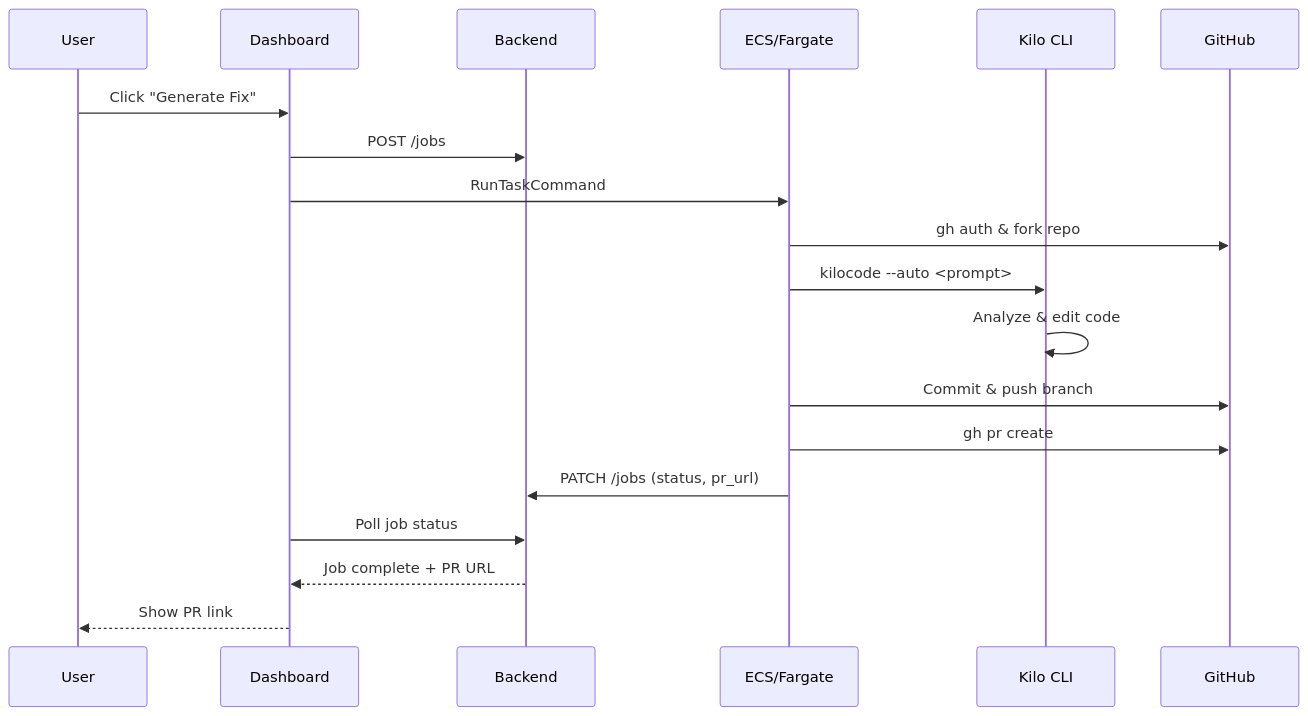
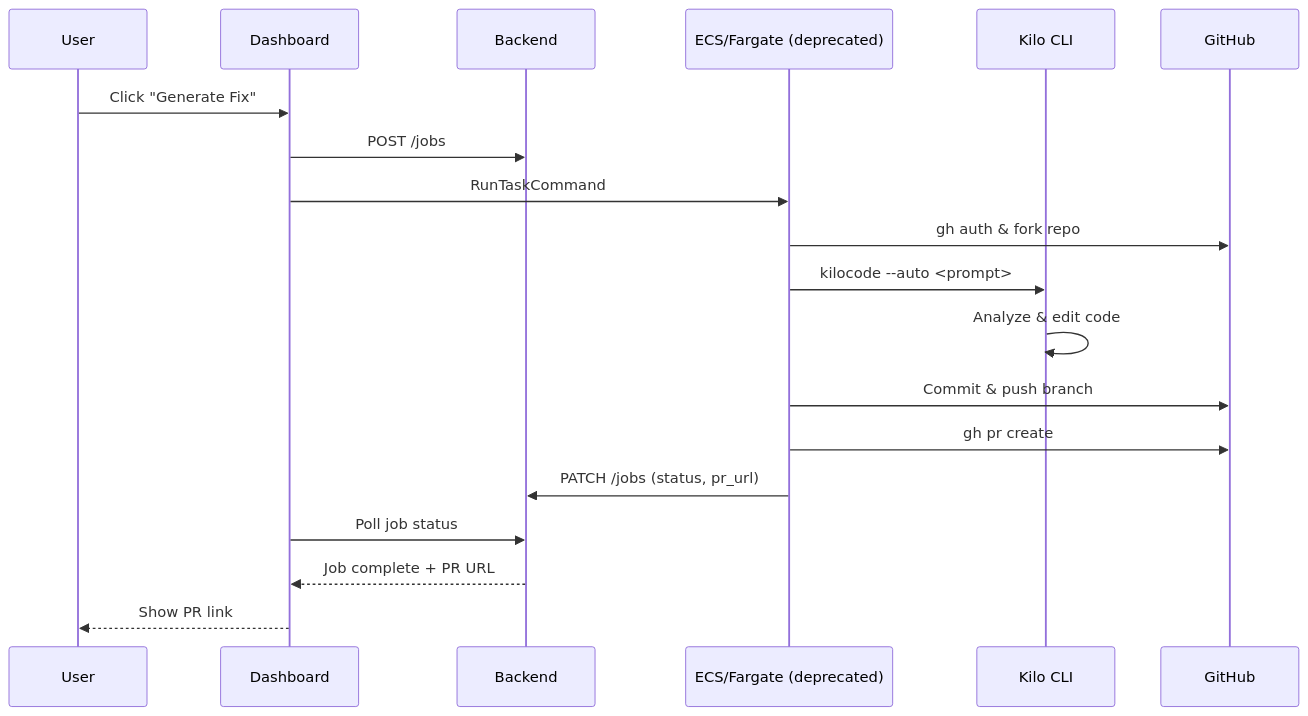
One commit to altock/soulcaster changed the first of 5 diagrams in documentation/coding_agent_sandbox_architecture.md. Above: the diagram before and after it, drawn with Mermaid. The commit also changed other lines of this file and 2 other files, not shown here.

Commit message:
refactor: Update documentation to reflect E2B sandbox as the primary coding agent execution path and deprecate ECS/Fargate references

````diff
--- a/documentation/coding_agent_sandbox_architecture.md
+++ b/documentation/coding_agent_sandbox_architecture.md
@@ -22,24 +22,24 @@
 ```mermaid
 sequenceDiagram
     participant User
     participant Dashboard
     participant Backend
-    participant ECS as ECS/Fargate
+    participant ECS as ECS/Fargate (deprecated)
     participant Kilo as Kilo CLI
     participant GitHub
     
     User->>Dashboard: Click "Generate Fix"
     Dashboard->>Backend: POST /jobs
     Dashboard->>ECS: RunTaskCommand
     
     ECS->>GitHub: gh auth & fork repo
     ECS->>Kilo: kilocode --auto <prompt>
     Kilo->>Kilo: Analyze & edit code
     ECS->>GitHub: Commit & push branch
     ECS->>GitHub: gh pr create
     ECS->>Backend: PATCH /jobs (status, pr_url)
     
     Dashboard->>Backend: Poll job status
     Backend-->>Dashboard: Job complete + PR URL
     Dashboard-->>User: Show PR link
 ```
````
